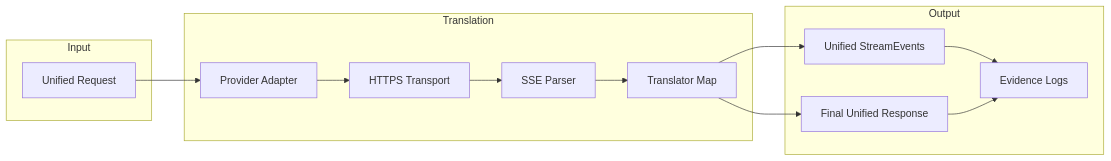
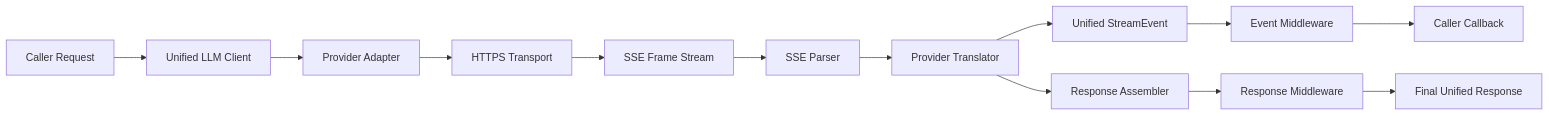
One commit to jaytaylor/attractor-tcl changed the fourth of 5 diagrams in docs/sprints/SPRINT-005-comprehensive-implementation-plan.md. Above: the diagram before and after it, drawn with Mermaid. The commit also changed other lines of this file, not shown here.

````diff
--- a/docs/sprints/SPRINT-005-comprehensive-implementation-plan.md
+++ b/docs/sprints/SPRINT-005-comprehensive-implementation-plan.md
@@ -1057,28 +588,15 @@
 ```mermaid
 flowchart LR
-  subgraph Input
-    RQ[Unified Request]
-  end
-
-  subgraph Translation
-    AD[Provider Adapter]
-    TR[HTTPS Transport]
-    SP[SSE Parser]
-    TM[Translator Map]
-  end
-
-  subgraph Output
-    EV[Unified StreamEvents]
-    FR[Final Unified Response]
-    EVI[Evidence Logs]
-  end
-
-  RQ --> AD
-  AD --> TR
-  TR --> SP
-  SP --> TM
-  TM --> EV
-  TM --> FR
-  EV --> EVI
-  FR --> EVI
+  A[Caller Request] --> B[Unified LLM Client]
+  B --> C[Provider Adapter]
+  C --> D[HTTPS Transport]
+  D --> E[SSE Frame Stream]
+  E --> F[SSE Parser]
+  F --> G[Provider Translator]
+  G --> H[Unified StreamEvent]
+  H --> I[Event Middleware]
+  I --> J[Caller Callback]
+  G --> K[Response Assembler]
+  K --> L[Response Middleware]
+  L --> M[Final Unified Response]
 ```
````
